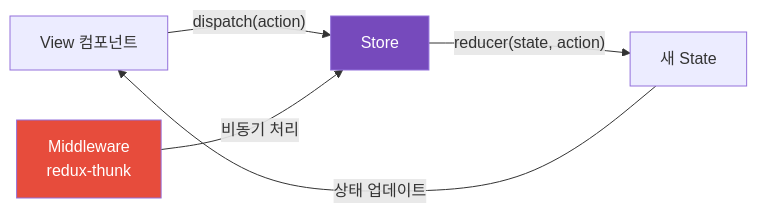
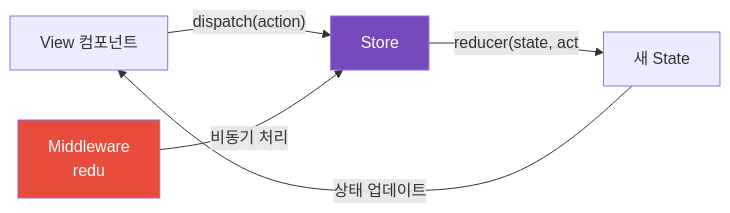
One commit to yjkim2015/yjkim2015.github.io changed the third of 5 diagrams in _posts/frontend/2026-05-02-react-state-management.md. Above: the diagram before and after it, drawn with Mermaid. The commit also changed other lines of this file and 271 other files, not shown here.

First line of the commit message:
Mermaid 라벨 축소: 긴 노드 텍스트 18자 이하로 트림 + \n 제거

````diff
--- a/_posts/frontend/2026-05-02-react-state-management.md
+++ b/_posts/frontend/2026-05-02-react-state-management.md
@@ -198,9 +198,9 @@
 ```mermaid
 flowchart LR
     VIEW["View 컴포넌트"] -->|"dispatch(action)"| STORE["Store"]
-    STORE -->|"reducer(state, action)"| NEW_STATE["새 State"]
+    STORE -->|"reducer(state, act"| NEW_STATE["새 State"]
     NEW_STATE -->|"상태 업데이트"| VIEW
-    MIDDLEWARE["Middleware<br>redux-thunk"] -->|"비동기 처리"| STORE
+    MIDDLEWARE["Middleware<br>redu"] -->|"비동기 처리"| STORE
     style STORE fill:#764abc,color:#fff
     style MIDDLEWARE fill:#e74c3c,color:#fff
 ```
````
